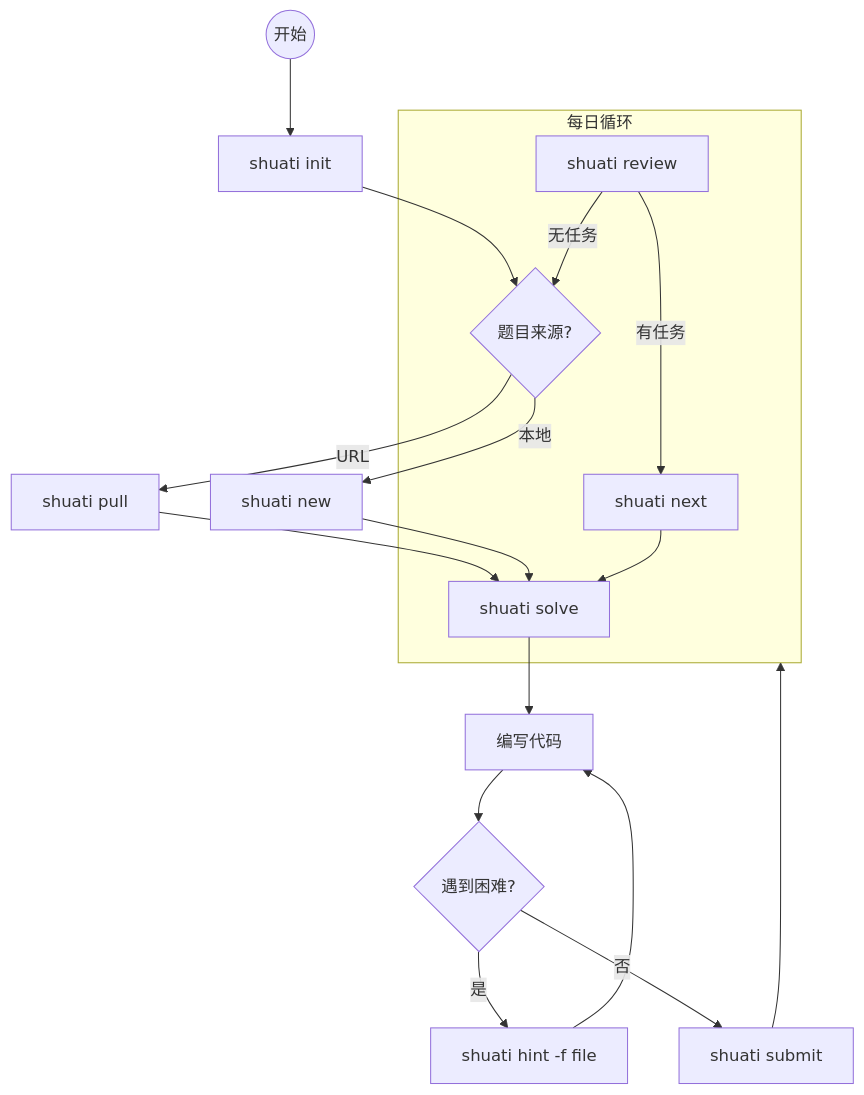
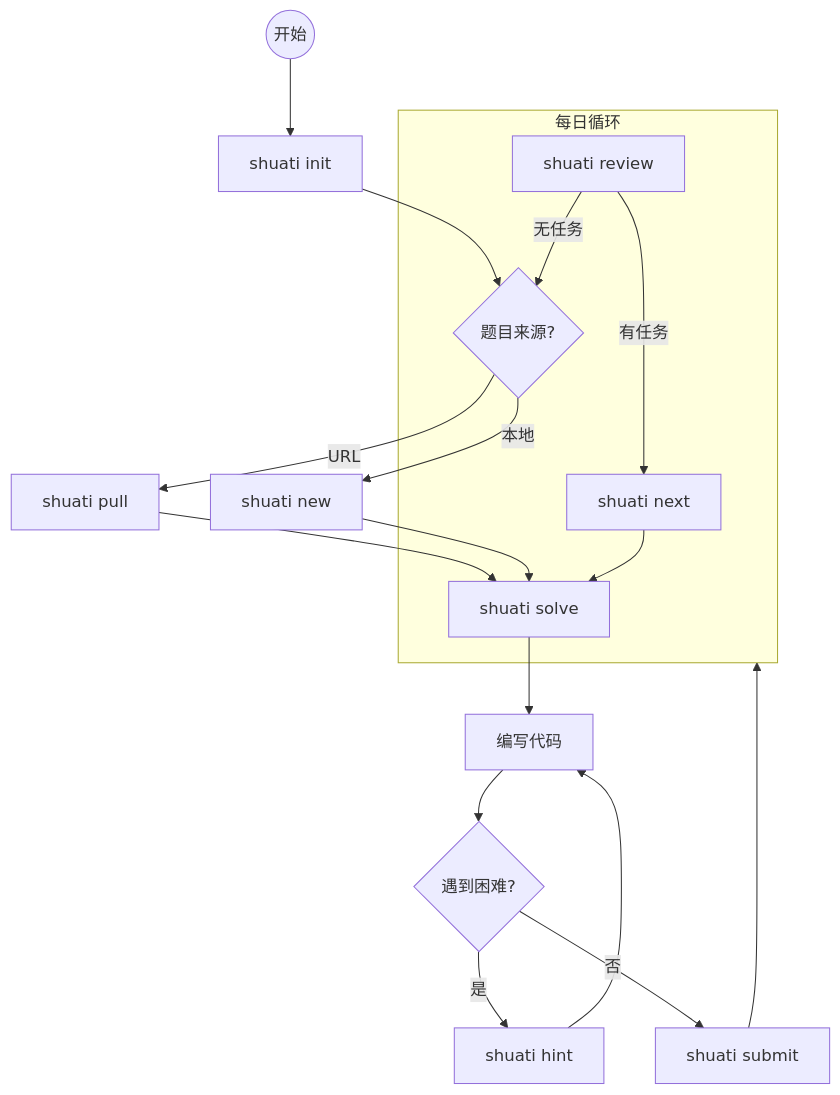
One commit to Xustalis/shuati-Cli changed the diagram in README.md. Above: the diagram before and after it, drawn with Mermaid. The commit also changed other lines of this file and 4 other files, not shown here.

````diff
--- a/README.md
+++ b/README.md
@@ -11,24 +23,24 @@
 ```mermaid
 graph TD
     Start((开始)) --> Init[shuati init]
     Init --> Pull{题目来源?}
     Pull -->|URL| PullWeb[shuati pull <url>]
     Pull -->|本地| New[shuati new <title>]
     
     PullWeb --> Solve[shuati solve <id>]
     New --> Solve
     
     Solve --> Code[编写代码]
     Code --> Stuck{遇到困难?}
-    Stuck -->|是| Hint[shuati hint <id> -f file]
+    Stuck -->|是| Hint[shuati hint <id>]
     Hint --> Code
     
     Stuck -->|否| Submit[shuati submit <id>]
     Submit --> ReviewLoop
     
     subgraph ReviewLoop [每日循环]
         Review[shuati review] -->|有任务| Next[shuati next]
         Next --> Solve
         Review -->|无任务| Pull
     end
 ```
````
